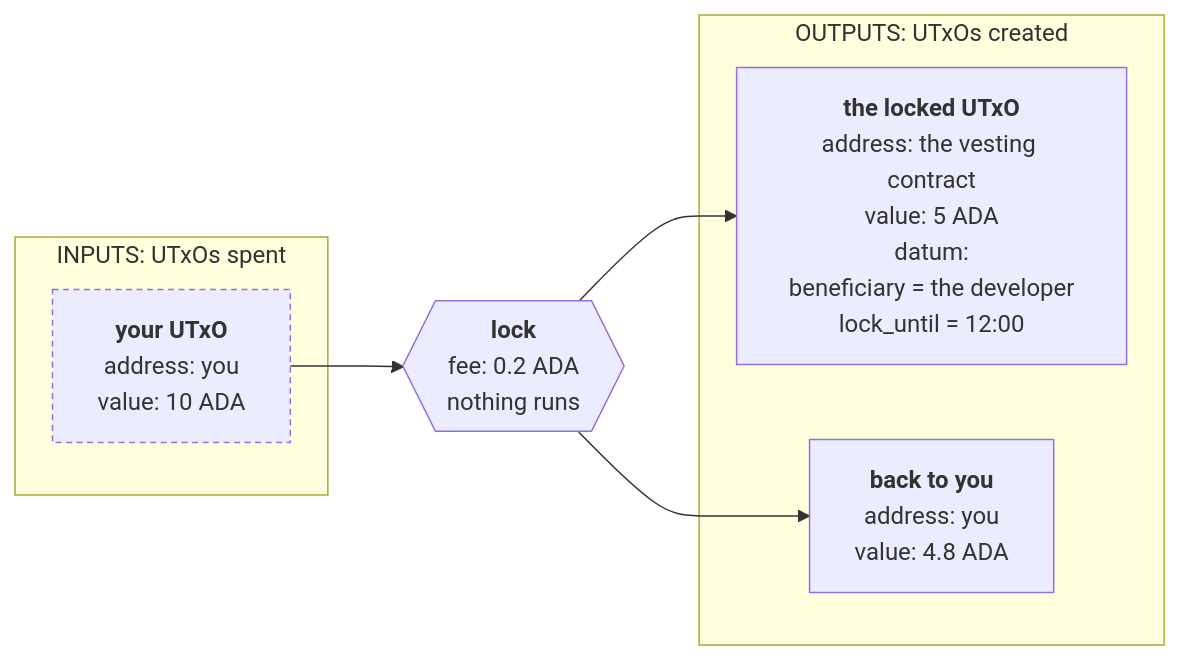
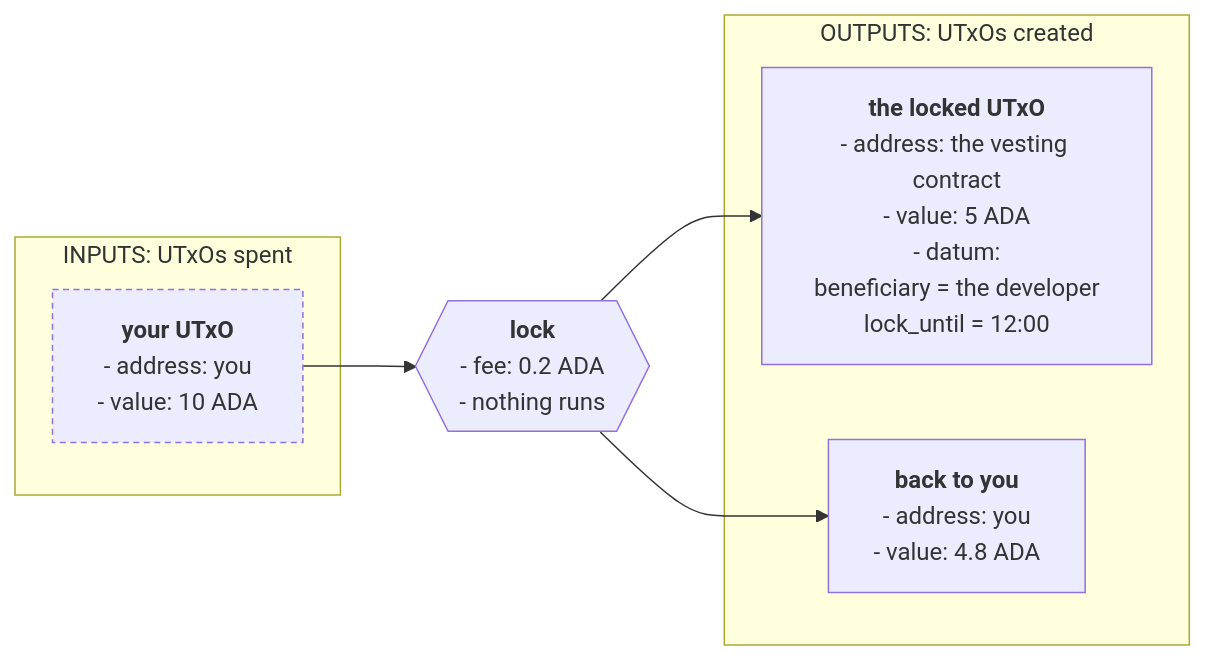
One commit to cardano-foundation/developer-portal changed the second of 3 diagrams in docs/developers/onboarding/lectures/intermediate/10-handling-time.md. Above: the diagram before and after it, drawn with Mermaid. The commit also changed other lines of this file and 8 other files, not shown here.

````diff
--- a/docs/developers/onboarding/lectures/intermediate/10-handling-time.md
+++ b/docs/developers/onboarding/lectures/intermediate/10-handling-time.md
@@ -94,29 +94,29 @@
 ```mermaid
 flowchart LR
     subgraph IN["INPUTS: UTxOs spent"]
         I["`**your UTxO**
-        address: you
-        value: 10 ADA`"]
+        - address: you
+        - value: 10 ADA`"]
     end
 
     TX{{"`**lock**
-    fee: 0.2 ADA
-    nothing runs`"}}
+    - fee: 0.2 ADA
+    - nothing runs`"}}
 
     subgraph OUT["OUTPUTS: UTxOs created"]
         O1["`**the locked UTxO**
-        address: the vesting contract
-        value: 5 ADA
-        datum:
+        - address: the vesting contract
+        - value: 5 ADA
+        - datum:
         beneficiary = the developer
         lock_until = 12:00`"]
         O2["`**back to you**
-        address: you
-        value: 4.8 ADA`"]
+        - address: you
+        - value: 4.8 ADA`"]
     end
 
     I --> TX --> O1
     TX --> O2
 
     style I stroke-dasharray:4 3
 ```
````
